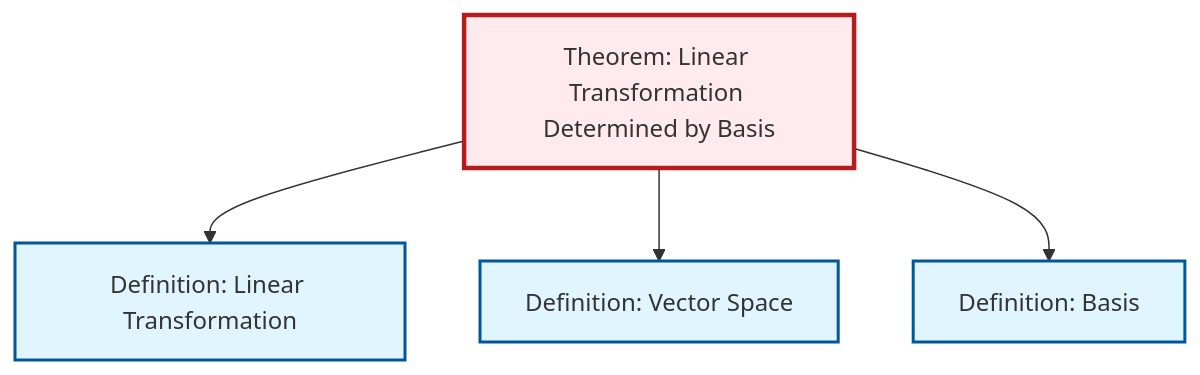
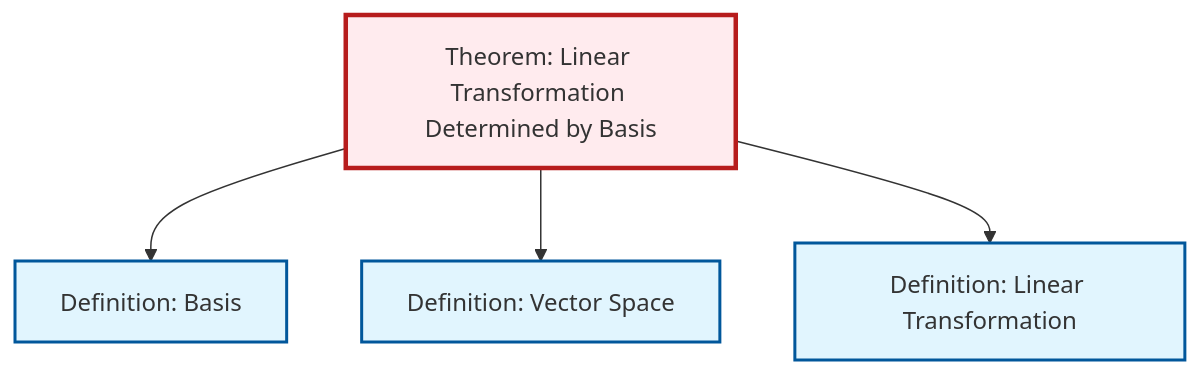
The diagram in content/en/algebra/thm-linear-transformation-basis.qmd (RK0429/ModernMath), drawn with Mermaid before and after one commit. The commit also changed other lines of this file and 1012 other files, not shown here.

````diff
--- a/content/en/algebra/thm-linear-transformation-basis.qmd
+++ b/content/en/algebra/thm-linear-transformation-basis.qmd
@@ -47,20 +47,20 @@
 ```{mermaid}
 %%| fig-cap: "Local dependency graph"
 graph TD
     classDef definition fill:#e1f5fe,stroke:#01579b,stroke-width:2px
     classDef theorem fill:#f3e5f5,stroke:#4a148c,stroke-width:2px
     classDef axiom fill:#fff3e0,stroke:#e65100,stroke-width:2px
     classDef example fill:#e8f5e9,stroke:#1b5e20,stroke-width:2px
     classDef current fill:#ffebee,stroke:#b71c1c,stroke-width:3px
-    def-basis["Definition: Basis"]:::definition
     def-linear-transformation["Definition: Linear Transformation"]:::definition
     thm-linear-transformation-basis["Theorem: Linear Transformation Determined by Basis"]:::theorem
+    def-basis["Definition: Basis"]:::definition
     def-vector-space["Definition: Vector Space"]:::definition
+    thm-linear-transformation-basis --> def-basis
+    thm-linear-transformation-basis --> def-vector-space
     thm-linear-transformation-basis --> def-linear-transformation
-    thm-linear-transformation-basis --> def-vector-space
-    thm-linear-transformation-basis --> def-basis
     class thm-linear-transformation-basis current
+    click def-linear-transformation "def-linear-transformation.html" "Go to Linear Transformation definition"
     click def-basis "def-basis.html" "Go to Basis definition"
-    click def-linear-transformation "def-linear-transformation.html" "Go to Linear Transformation definition"
     click def-vector-space "def-vector-space.html" "Go to Vector Space definition"
 ```
````
